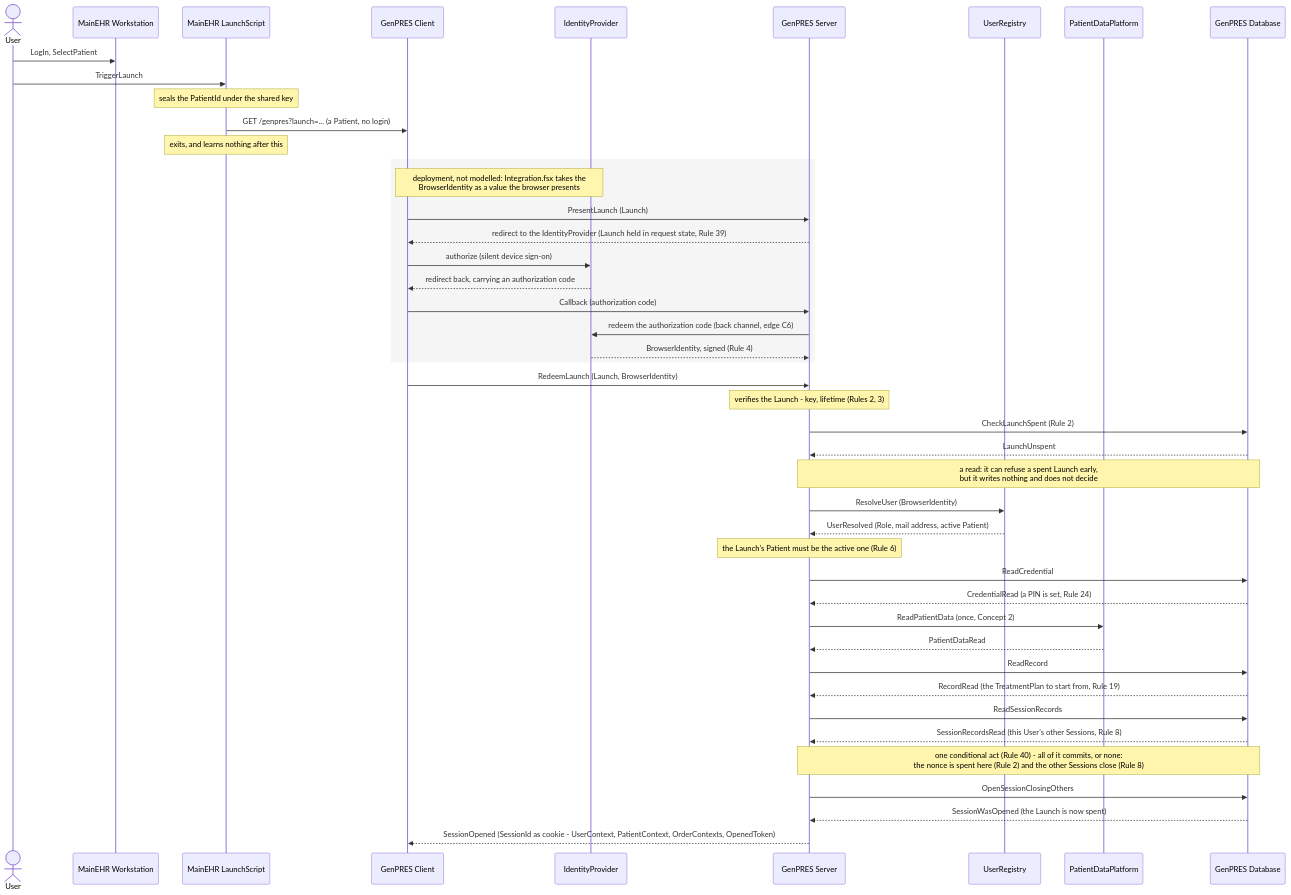
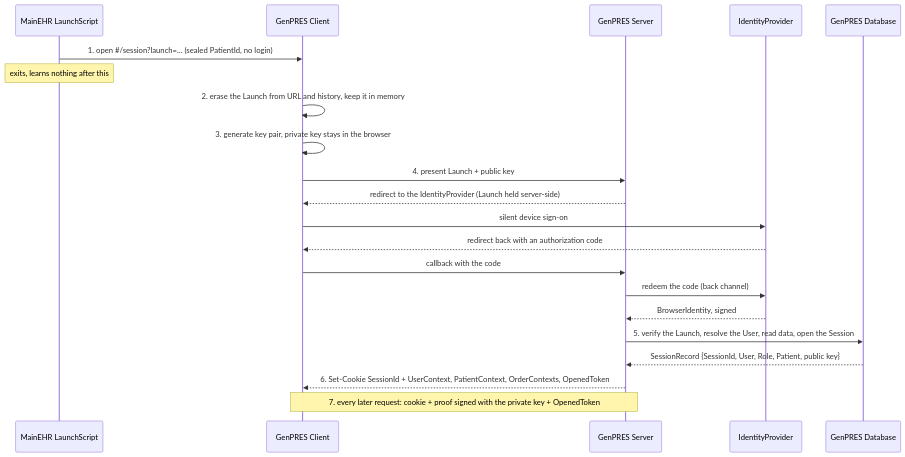
Before and after one commit to informedica/GenPRES: the first of 4 diagrams in docs/scenarios/integration/uc-01-launch.md, drawn with Mermaid. The commit also changed other lines of this file and 1 other file, not shown here.

Commit message:
docs: improve launch sequence and add more implementation detail

````diff
--- a/docs/scenarios/integration/uc-01-launch.md
+++ b/docs/scenarios/integration/uc-01-launch.md
@@ -7,56 +13,24 @@
 ```mermaid
 sequenceDiagram
-    actor U as User
-    participant W as MainEHR Workstation
     participant L as MainEHR LaunchScript
     participant C as GenPRES Client
+    participant S as GenPRES Server
     participant I as IdentityProvider
-    participant S as GenPRES Server
-    participant R as UserRegistry
-    participant P as PatientDataPlatform
     participant D as GenPRES Database
 
-    U->>W: LogIn, SelectPatient
-    U->>L: TriggerLaunch
-
-    Note over L: seals the PatientId under the shared key
-    L->>C: GET /genpres?launch=... (a Patient, no login)
-    Note over L: exits, and learns nothing after this
-
-    rect rgb(245,245,245)
-    Note over C,I: deployment, not modelled: Integration.fsx takes the<br/>BrowserIdentity as a value the browser presents
-    C->>S: PresentLaunch (Launch)
-    S-->>C: redirect to the IdentityProvider (Launch held in request state, Rule 39)
-    C->>I: authorize (silent device sign-on)
-    I-->>C: redirect back, carrying an authorization code
-    C->>S: Callback (authorization code)
-    S->>I: redeem the authorization code (back channel, edge C6)
-    I-->>S: BrowserIdentity, signed (Rule 4)
-    end
-
-    C->>S: RedeemLaunch (Launch, BrowserIdentity)
-    Note over S: verifies the Launch - key, lifetime (Rules 2, 3)
-
-    S->>D: CheckLaunchSpent (Rule 2)
-    D-->>S: LaunchUnspent
-    Note over S,D: a read: it can refuse a spent Launch early,<br/>but it writes nothing and does not decide
-
-    S->>R: ResolveUser (BrowserIdentity)
-    R-->>S: UserResolved (Role, mail address, active Patient)
-    Note over S: the Launch's Patient must be the active one (Rule 6)
-
-    S->>D: ReadCredential
-    D-->>S: CredentialRead (a PIN is set, Rule 24)
-
-    S->>P: ReadPatientData (once, Concept 2)
-    P-->>S: PatientDataRead
-    S->>D: ReadRecord
-    D-->>S: RecordRead (the TreatmentPlan to start from, Rule 19)
-    S->>D: ReadSessionRecords
-    D-->>S: SessionRecordsRead (this User's other Sessions, Rule 8)
-
-    Note over S,D: one conditional act (Rule 40) - all of it commits, or none:<br/>the nonce is spent here (Rule 2) and the other Sessions close (Rule 8)
-    S->>D: OpenSessionClosingOthers
-    D-->>S: SessionWasOpened (the Launch is now spent)
-    S-->>C: SessionOpened (SessionId as cookie - UserContext, PatientContext, OrderContexts, OpenedToken)
+    L->>C: 1. open #35;/session?launch=... (sealed PatientId, no login)
+    Note over L: exits, learns nothing after this
+    C->>C: 2. erase the Launch from URL and history, keep it in memory
+    C->>C: 3. generate key pair, private key stays in the browser
+    C->>S: 4. present Launch + public key
+    S-->>C: redirect to the IdentityProvider (Launch held server-side)
+    C->>I: silent device sign-on
+    I-->>C: redirect back with an authorization code
+    C->>S: callback with the code
+    S->>I: redeem the code (back channel)
+    I-->>S: BrowserIdentity, signed
+    S->>D: 5. verify the Launch, resolve the User, read data, open the Session
+    D-->>S: SessionRecord {SessionId, User, Role, Patient, public key}
+    S-->>C: 6. Set-Cookie SessionId + UserContext, PatientContext, OrderContexts, OpenedToken
+    Note over C,S: 7. every later request: cookie + proof signed with the private key + OpenedToken
 ```
````
